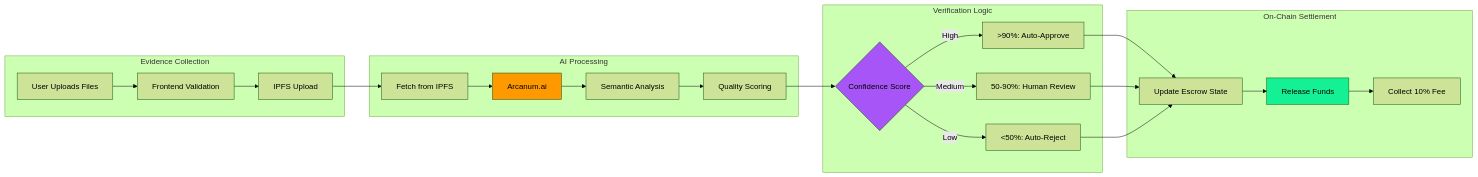
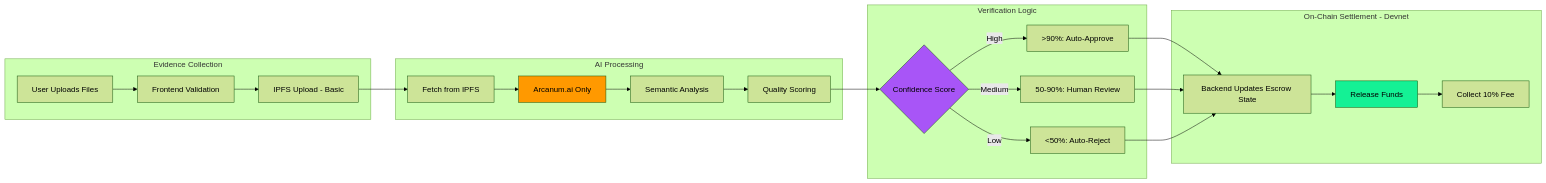
One commit to De-real-iManuel/aetherlock-docs changed the fourth of 14 diagrams in technical-architecture.mdx. Above: the diagram before and after it, drawn with Mermaid (forest theme). The commit also changed other lines of this file and 144 other files, not shown here.

````diff
--- a/technical-architecture.mdx
+++ b/technical-architecture.mdx
@@ -1130,51 +564,51 @@
 ```mermaid
 flowchart LR
     subgraph "Evidence Collection"
         A[User Uploads Files]
         B[Frontend Validation]
-        C[IPFS Upload]
+        C[IPFS Upload - Basic]
     end
     
     subgraph "AI Processing"
         D[Fetch from IPFS]
-        E[Arcanum.ai]
+        E[Arcanum.ai Only]
         F[Semantic Analysis]
         G[Quality Scoring]
     end
     
     subgraph "Verification Logic"
         H{Confidence Score}
         I[>90%: Auto-Approve]
         J[50-90%: Human Review]
         K[<50%: Auto-Reject]
     end
     
-    subgraph "On-Chain Settlement"
-        L[Update Escrow State]
+    subgraph "On-Chain Settlement - Devnet"
+        L[Backend Updates Escrow State]
         M[Release Funds]
         N[Collect 10% Fee]
     end
     
     A --> B
     B --> C
     C --> D
     D --> E
     E --> F
     F --> G
     G --> H
     
     H -->|High| I
     H -->|Medium| J
     H -->|Low| K
     
     I --> L
     J --> L
     K --> L
     
     L --> M
     M --> N
     
     style E fill:#FF9900
     style H fill:#A855F7
     style M fill:#14F195
 ```
````
